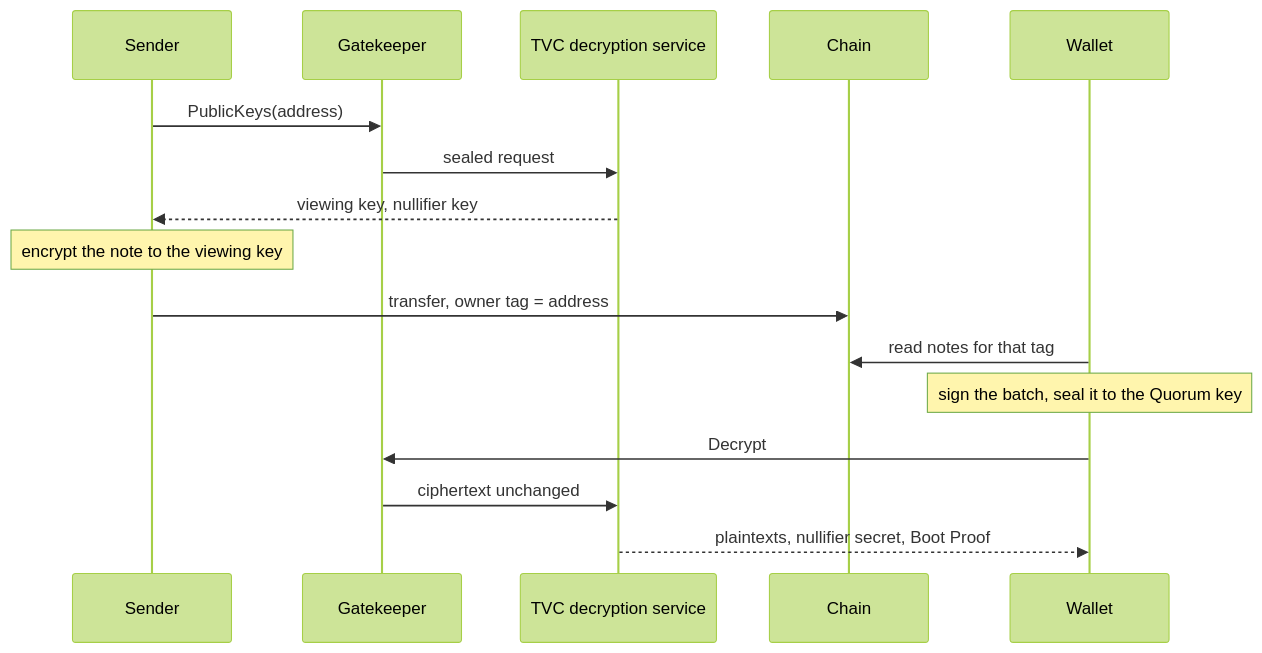
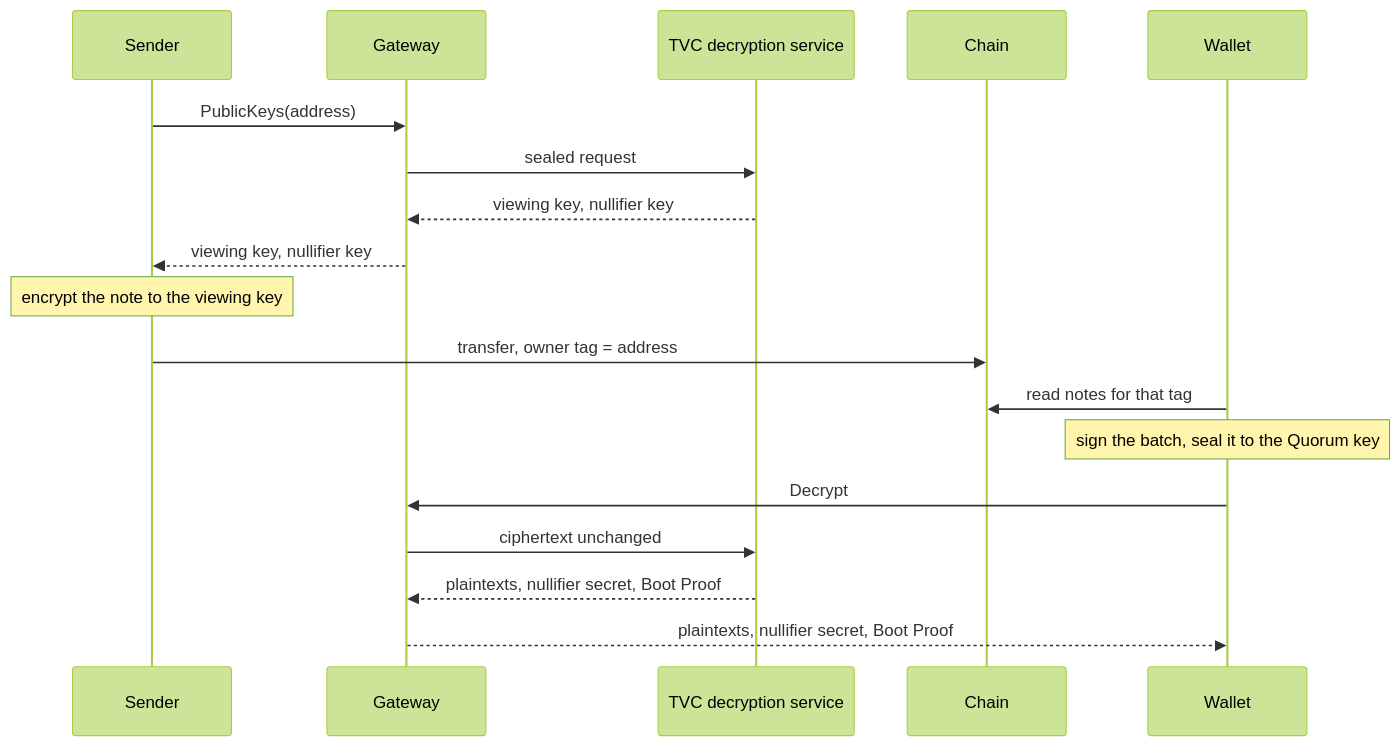
One commit to helius-labs/spr-tvc changed the third of 5 diagrams in docs/spec.md. Above: the diagram before and after it, drawn with Mermaid (forest theme). The commit also changed other lines of this file and 3 other files, not shown here.

````diff
--- a/docs/spec.md
+++ b/docs/spec.md
@@ -153,19 +150,21 @@
 ```mermaid
 sequenceDiagram
     participant Sender
-    participant Gatekeeper
+    participant Gateway
     participant Service as TVC decryption service
     participant Chain
     participant Wallet
 
-    Sender->>Gatekeeper: PublicKeys(address)
-    Gatekeeper->>Service: sealed request
-    Service-->>Sender: viewing key, nullifier key
+    Sender->>Gateway: PublicKeys(address)
+    Gateway->>Service: sealed request
+    Service-->>Gateway: viewing key, nullifier key
+    Gateway-->>Sender: viewing key, nullifier key
     Note over Sender: encrypt the note to the viewing key
     Sender->>Chain: transfer, owner tag = address
     Wallet->>Chain: read notes for that tag
     Note over Wallet: sign the batch, seal it to the Quorum key
-    Wallet->>Gatekeeper: Decrypt
-    Gatekeeper->>Service: ciphertext unchanged
-    Service-->>Wallet: plaintexts, nullifier secret, Boot Proof
+    Wallet->>Gateway: Decrypt
+    Gateway->>Service: ciphertext unchanged
+    Service-->>Gateway: plaintexts, nullifier secret, Boot Proof
+    Gateway-->>Wallet: plaintexts, nullifier secret, Boot Proof
 ```
````
